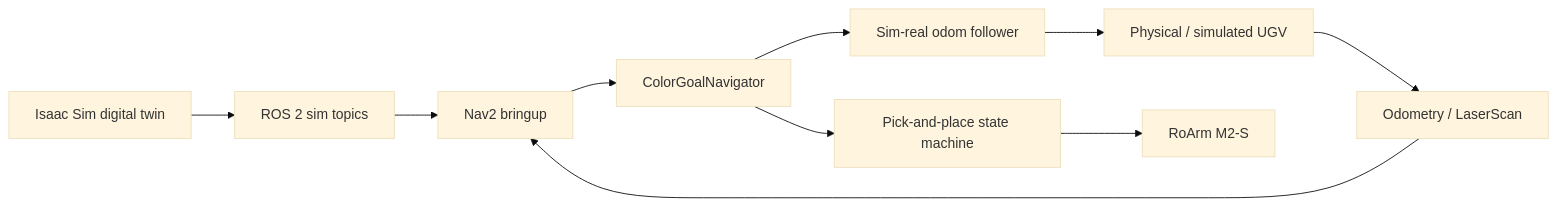
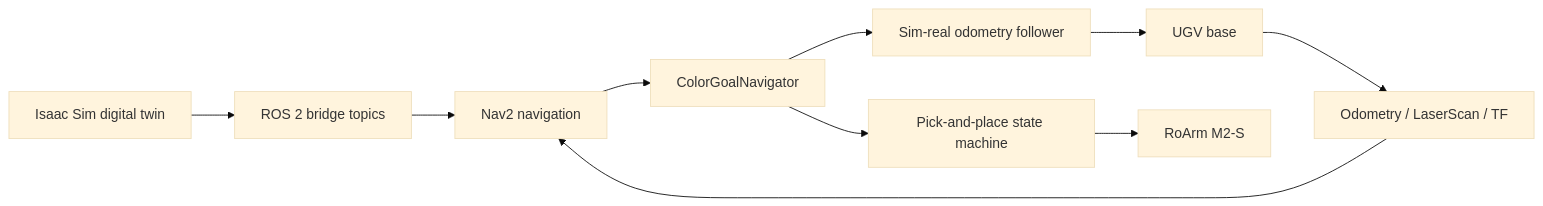
The first of 2 diagrams in README.md (ravonek/ugvrover-project), drawn with Mermaid (base theme) before and after one commit. The commit also changed other lines of this file and 2 other files, not shown here.

````diff
--- a/README.md
+++ b/README.md
@@ -40,12 +101,12 @@
 ```mermaid
 flowchart LR
-    Isaac[Isaac Sim digital twin] --> SimTopics[ROS 2 sim topics]
-    SimTopics --> Nav2[Nav2 bringup]
-    Nav2 --> Goals[ColorGoalNavigator]
-    Goals --> Sync[Sim-real odom follower]
-    Sync --> Rover[Physical / simulated UGV]
-    Goals --> ArmFlow[Pick-and-place state machine]
-    ArmFlow --> RoArm[RoArm M2-S]
-    Rover --> Sensors[Odometry / LaserScan]
+    Isaac[Isaac Sim digital twin] --> Topics[ROS 2 bridge topics]
+    Topics --> Nav2[Nav2 navigation]
+    Nav2 --> Mission[ColorGoalNavigator]
+    Mission --> Sync[Sim-real odometry follower]
+    Sync --> Rover[UGV base]
+    Mission --> ArmFlow[Pick-and-place state machine]
+    ArmFlow --> Arm[RoArm M2-S]
+    Rover --> Sensors[Odometry / LaserScan / TF]
     Sensors --> Nav2
 ```
````
